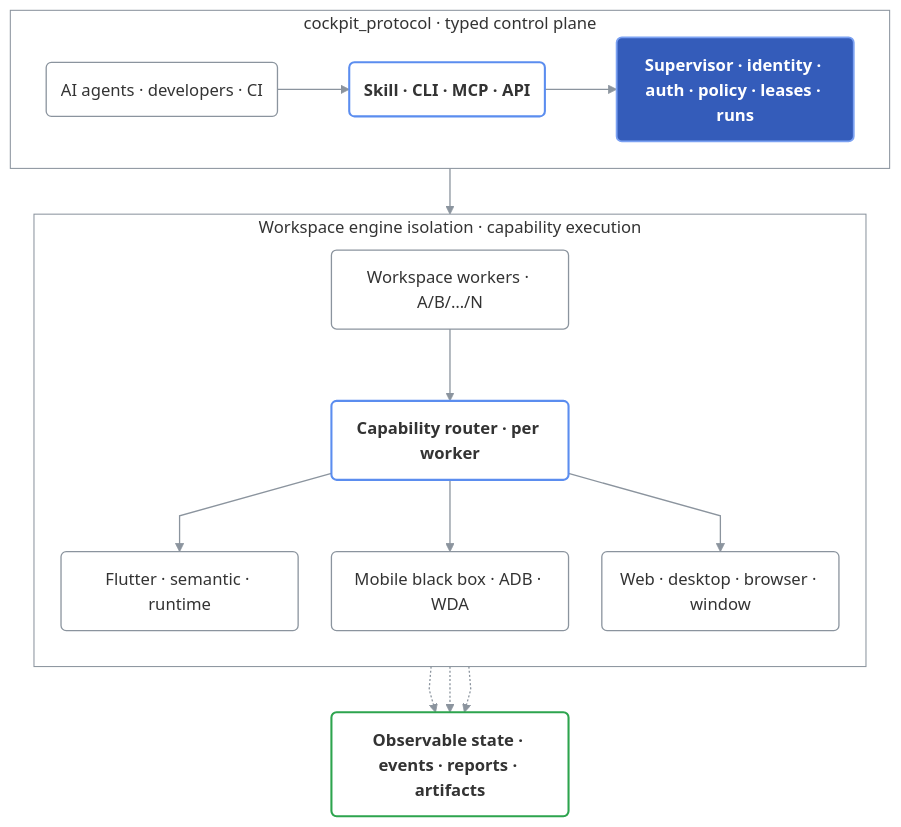
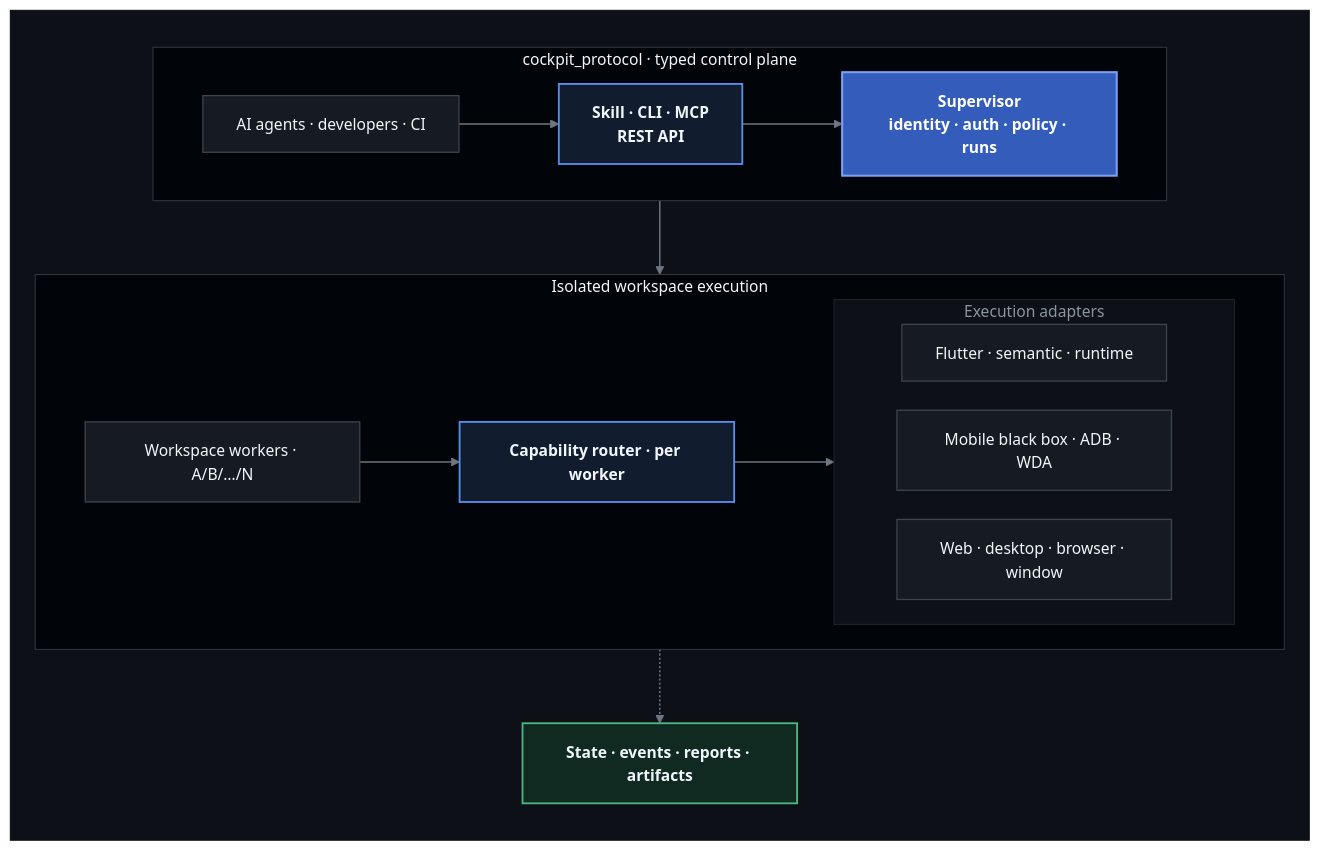
One commit to cockpit-dev/cockpit changed the diagram in README.md. Above: the diagram before and after it, drawn with Mermaid. The commit also changed 1 other file, not shown here.

Commit message:
docs: apply branded architecture diagram theme

````diff
--- a/README.md
+++ b/README.md
@@ -119,46 +119,50 @@
 ```mermaid
-%%{init: {"flowchart": {"curve": "linear", "nodeSpacing": 32, "rankSpacing": 44, "padding": 14}}}%%
+%%{init: {"theme": "base", "themeVariables": {"darkMode": true, "background": "#0D1117", "fontFamily": "system-ui, -apple-system, BlinkMacSystemFont, Segoe UI, sans-serif", "fontSize": "15px", "primaryColor": "#161B22", "primaryTextColor": "#F0F6FC", "primaryBorderColor": "#3D444D", "lineColor": "#6E7681", "secondaryColor": "#111D2E", "tertiaryColor": "#0D1117", "clusterBkg": "#0D1117", "clusterBorder": "#30363D", "edgeLabelBackground": "#0D1117"}, "flowchart": {"curve": "linear", "nodeSpacing": 28, "rankSpacing": 46, "padding": 16}}}%%
 flowchart TB
-  subgraph ControlPath["cockpit_protocol · typed control plane"]
-    direction LR
-    Actors("AI agents · developers · CI")
-    Surfaces("Skill · CLI · MCP · API")
-    Supervisor("Supervisor · identity · auth · policy · leases · runs")
-    Actors --> Surfaces --> Supervisor
+  subgraph Architecture[" "]
+    direction TB
+    subgraph ControlPath["cockpit_protocol · typed control plane"]
+      direction LR
+      Actors["AI agents · developers · CI"]
+      Surfaces["Skill · CLI · MCP<br/>REST API"]
+      Supervisor["Supervisor<br/>identity · auth · policy · runs"]
+      Actors --> Surfaces --> Supervisor
+    end
+
+    subgraph RuntimePath["Isolated workspace execution"]
+      direction LR
+      Workers["Workspace workers · A/B/…/N"]
+      Router["Capability router · per worker"]
+
+      subgraph Adapters["Execution adapters"]
+        direction LR
+        Flutter["Flutter · semantic · runtime"]
+        Native["Mobile black box · ADB · WDA"]
+        Desktop["Web · desktop · browser · window"]
+      end
+
+      Workers --> Router --> Adapters
+    end
+
+    Evidence["State · events · reports · artifacts"]
+
+    Supervisor --> Workers
+    Adapters -.-> Evidence
   end
 
-  subgraph RuntimePath["Workspace engine isolation · capability execution"]
-    direction TB
-    Workers("Workspace workers · A/B/…/N")
-    Router("Capability router · per worker")
-    Flutter("Flutter · semantic · runtime")
-    Native("Mobile black box · ADB · WDA")
-    Desktop("Web · desktop · browser · window")
+  classDef node fill:#161B22,stroke:#3D444D,color:#F0F6FC,stroke-width:1.25px
+  classDef gateway fill:#111D2E,stroke:#5B8DEF,color:#F0F6FC,stroke-width:1.75px,font-weight:600
+  classDef core fill:#345CBA,stroke:#7BA1F2,color:#FFFFFF,stroke-width:2px,font-weight:700
+  classDef evidence fill:#102A22,stroke:#4CB782,color:#F0F6FC,stroke-width:1.75px,font-weight:600
 
-    Workers --> Router
-    Router --> Flutter
-    Router --> Native
-    Router --> Desktop
-  end
-
-  Evidence("Observable state · events · reports · artifacts")
-
-  Supervisor --> Workers
-  Flutter -.-> Evidence
-  Native -.-> Evidence
-  Desktop -.-> Evidence
-
-  classDef neutral fill:transparent,stroke:#8B949E,stroke-width:1.25px
-  classDef accent fill:#345CBA,stroke:#7BA1F2,color:#FFFFFF,stroke-width:1.75px,font-weight:700
-  classDef active fill:transparent,stroke:#5B8DEF,stroke-width:2px,font-weight:600
-  classDef evidence fill:transparent,stroke:#2DA44E,stroke-width:2px,font-weight:600
-
-  class Actors,Workers,Flutter,Native,Desktop neutral
-  class Surfaces,Router active
-  class Supervisor accent
+  class Actors,Workers,Flutter,Native,Desktop node
+  class Surfaces,Router gateway
+  class Supervisor core
   class Evidence evidence
 
-  style ControlPath fill:transparent,stroke:#8B949E,stroke-width:1px
-  style RuntimePath fill:transparent,stroke:#8B949E,stroke-width:1px
-  linkStyle default stroke:#8B949E,stroke-width:1.25px
+  style Architecture fill:#0D1117,stroke:#0D1117,color:#F0F6FC
+  style ControlPath fill:#010409,stroke:#30363D,color:#F0F6FC,stroke-width:1px
+  style RuntimePath fill:#010409,stroke:#30363D,color:#F0F6FC,stroke-width:1px
+  style Adapters fill:#0D1117,stroke:#21262D,color:#8B949E,stroke-width:1px
+  linkStyle default stroke:#6E7681,stroke-width:1.4px
 ```
````
